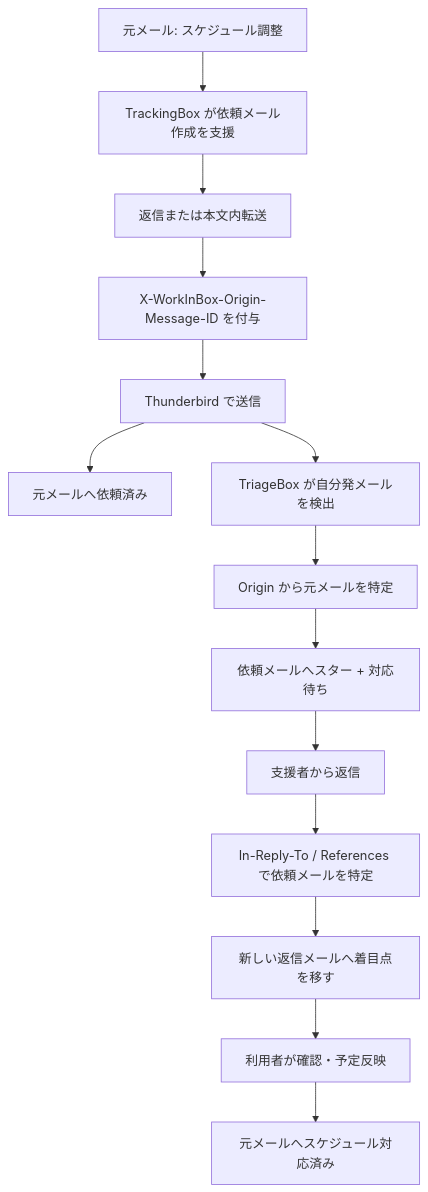
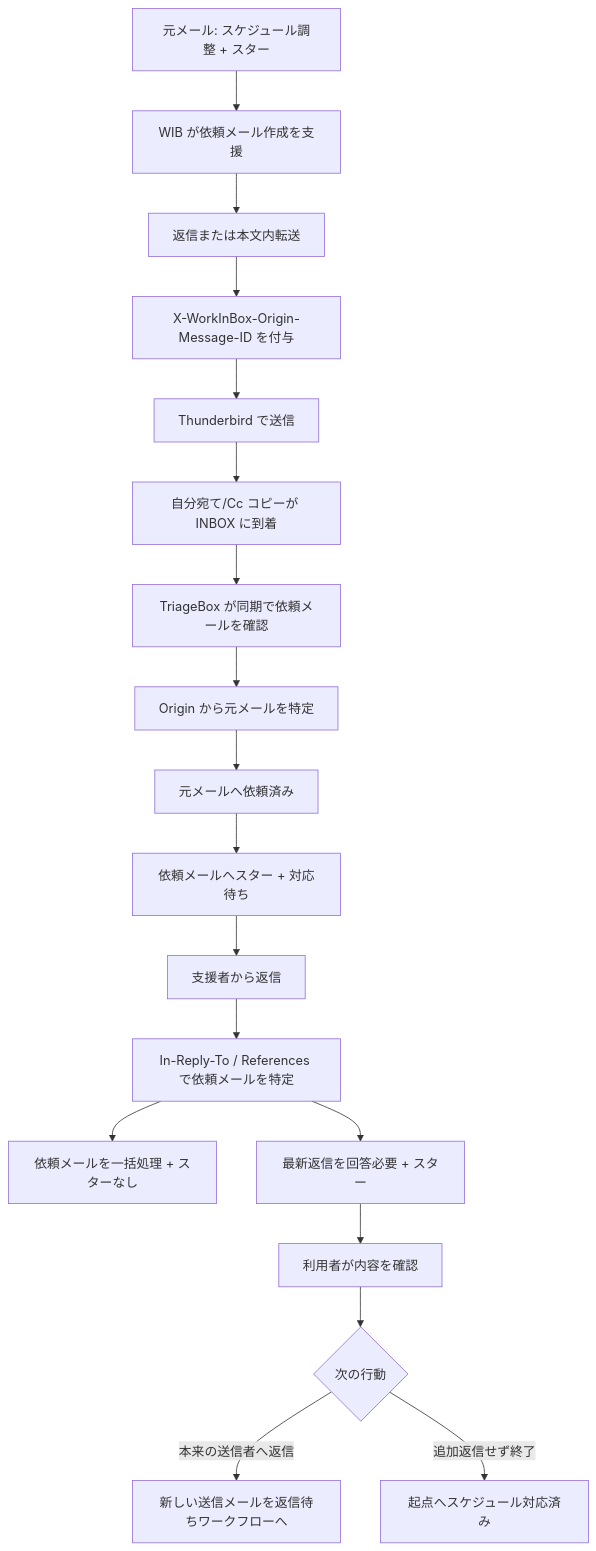
Before and after one commit to a3suger/WorkInBox: the second of 2 diagrams in docs/triagebox_decision_flow.md, drawn with Mermaid. The commit also changed other lines of this file, not shown here.

Commit message:
Update TriageBox focus transition design

````diff
--- a/docs/triagebox_decision_flow.md
+++ b/docs/triagebox_decision_flow.md
@@ -228,16 +249,20 @@
 ```mermaid
 flowchart TD
-    A[元メール: スケジュール調整] --> B[TrackingBox が依頼メール作成を支援]
+    A[元メール: スケジュール調整 + スター] --> B[WIB が依頼メール作成を支援]
     B --> C[返信または本文内転送]
     C --> D[X-WorkInBox-Origin-Message-ID を付与]
     D --> E[Thunderbird で送信]
-    E --> F[元メールへ依頼済み]
-    E --> G[TriageBox が自分発メールを検出]
+    E --> F[自分宛て/Cc コピーが INBOX に到着]
+    F --> G[TriageBox が同期で依頼メールを確認]
     G --> H[Origin から元メールを特定]
-    H --> I[依頼メールへスター + 対応待ち]
-    I --> J[支援者から返信]
-    J --> K[In-Reply-To / References で依頼メールを特定]
-    K --> L[新しい返信メールへ着目点を移す]
-    L --> M[利用者が確認・予定反映]
-    M --> N[元メールへスケジュール対応済み]
+    H --> I[元メールへ依頼済み]
+    I --> J[依頼メールへスター + 対応待ち]
+    J --> K[支援者から返信]
+    K --> L[In-Reply-To / References で依頼メールを特定]
+    L --> M[依頼メールを一括処理 + スターなし]
+    L --> N[最新返信を回答必要 + スター]
+    N --> O[利用者が内容を確認]
+    O --> P{次の行動}
+    P -->|本来の送信者へ返信| Q[新しい送信メールを返信待ちワークフローへ]
+    P -->|追加返信せず終了| R[起点へスケジュール対応済み]
 ```
````
